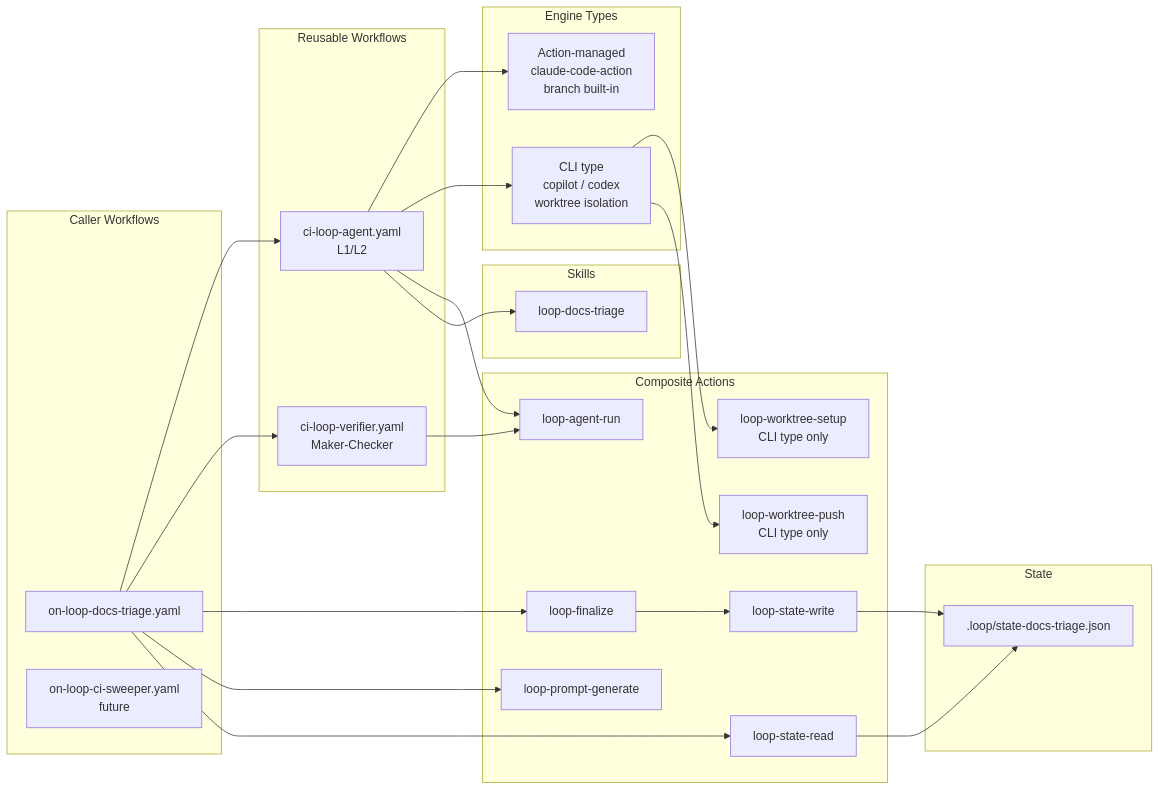
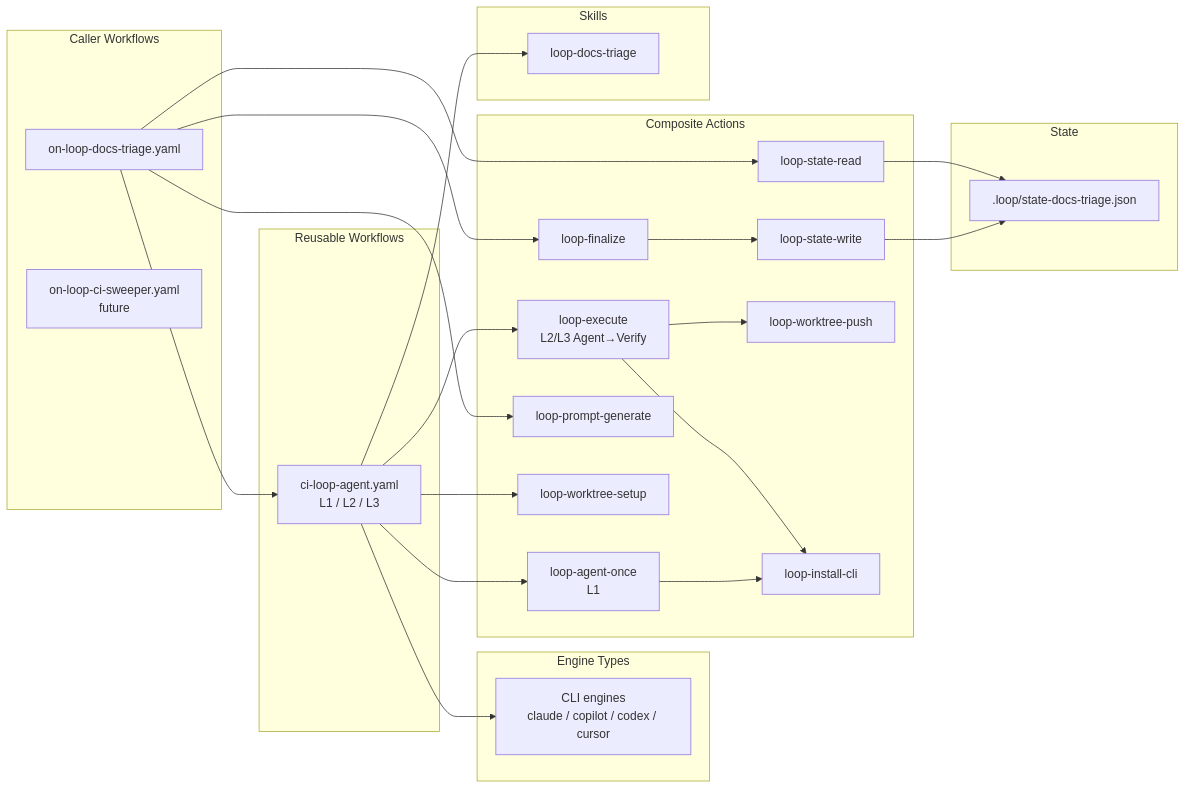
The second of 3 diagrams in docs/explanation/loop-engineering-design.md (y-miyazaki/config), drawn with Mermaid before and after one commit. The commit also changed other lines of this file and 2 other files, not shown here.

````diff
--- a/docs/explanation/loop-engineering-design.md
+++ b/docs/explanation/loop-engineering-design.md
@@ -162,58 +147,58 @@
 ```mermaid
 graph LR
     %% Caller Workflows
     subgraph callers["Caller Workflows"]
         CW1[on-loop-docs-triage.yaml]
         CW2[on-loop-ci-sweeper.yaml<br/>future]
     end
 
     %% Reusable Workflows
     subgraph reusable["Reusable Workflows"]
-        RW1[ci-loop-agent.yaml<br/>L1/L2]
-        RW2[ci-loop-verifier.yaml<br/>Maker-Checker]
+        RW1[ci-loop-agent.yaml<br/>L1 / L2 / L3]
     end
 
     %% Engine Strategies
     subgraph engines["Engine Types"]
-        E1[Action-managed<br/>claude-code-action<br/>branch built-in]
-        E2[CLI type<br/>copilot / codex<br/>worktree isolation]
+        E1[CLI engines<br/>claude / copilot / codex / cursor]
     end
 
     %% Composite Actions
     subgraph actions["Composite Actions"]
-        CA1[loop-agent-run]
-        CA2[loop-finalize]
-        CA3[loop-prompt-generate]
-        CA4[loop-state-read]
-        CA5[loop-state-write]
-        CA6[loop-worktree-setup<br/>CLI type only]
-        CA7[loop-worktree-push<br/>CLI type only]
+        CA1[loop-agent-once<br/>L1]
+        CA2[loop-execute<br/>L2/L3 Agent→Verify]
+        CA3[loop-finalize]
+        CA4[loop-prompt-generate]
+        CA5[loop-state-read]
+        CA6[loop-state-write]
+        CA7[loop-worktree-setup]
+        CA8[loop-worktree-push]
+        CA9[loop-install-cli]
     end
 
     %% Skills
     subgraph skills["Skills"]
         SK1[loop-docs-triage]
     end
 
     %% State
     subgraph state["State"]
         ST1[.loop/state-docs-triage.json]
     end
 
     %% Relationships
     CW1 --> RW1
-    CW1 --> RW2
-    CW1 --> CA2
     CW1 --> CA3
     CW1 --> CA4
+    CW1 --> CA5
     RW1 --> E1
-    RW1 --> E2
     RW1 --> CA1
-    RW2 --> CA1
-    E2 --> CA6
-    E2 --> CA7
+    RW1 --> CA2
+    RW1 --> CA7
+    CA2 --> CA8
+    CA2 --> CA9
+    CA1 --> CA9
     RW1 --> SK1
-    CA2 --> CA5
-    CA4 --> ST1
+    CA3 --> CA6
     CA5 --> ST1
+    CA6 --> ST1
 ```
````
